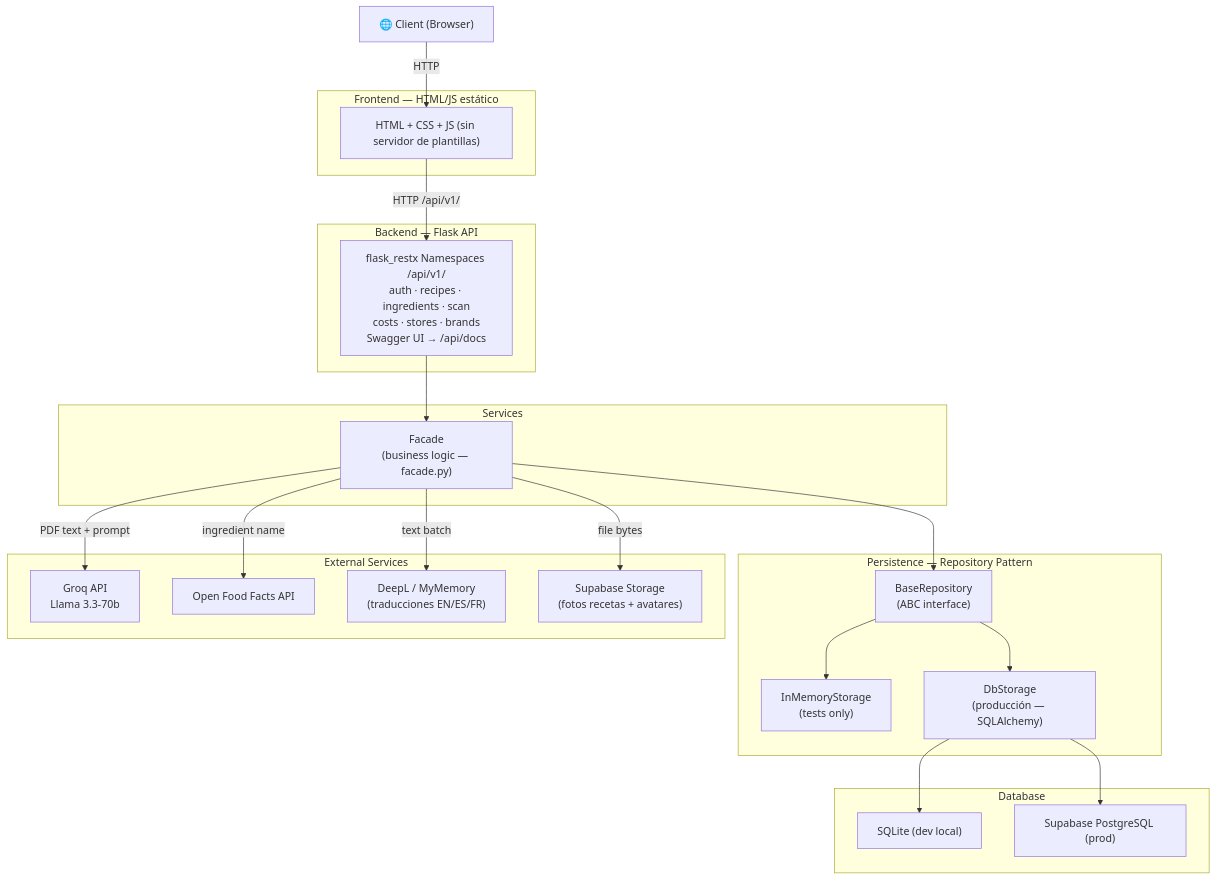
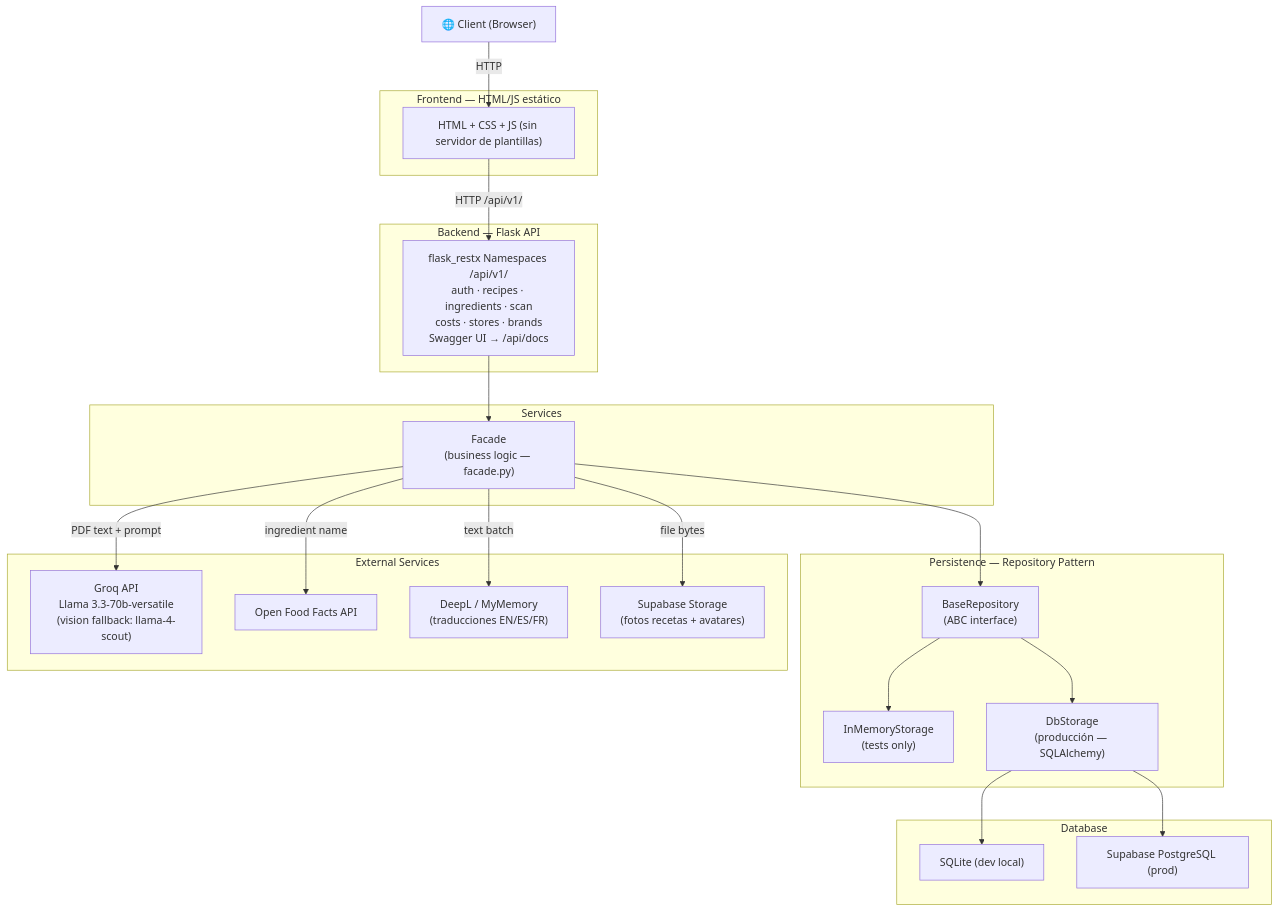
The first of 5 diagrams in Docs/STAGE3.md (juliangf94/recipe-scanner), drawn with Mermaid before and after one commit. The commit also changed other lines of this file and 11 other files, not shown here.

````diff
--- a/Docs/STAGE3.md
+++ b/Docs/STAGE3.md
@@ -118,47 +118,47 @@
 ```mermaid
 flowchart TD
     Browser["🌐 Client (Browser)"]
 
     subgraph Frontend["Frontend — HTML/JS estático"]
         FE["HTML + CSS + JS (sin servidor de plantillas)"]
     end
 
     subgraph Backend["Backend — Flask API"]
         API["flask_restx Namespaces /api/v1/\nauth · recipes · ingredients · scan\ncosts · stores · brands\nSwagger UI → /api/docs"]
     end
 
     subgraph Services["Services"]
         Facade["Facade\n(business logic — facade.py)"]
     end
 
     subgraph Persistence["Persistence — Repository Pattern"]
         Repo["BaseRepository\n(ABC interface)"]
         Mem["InMemoryStorage\n(tests only)"]
         DB["DbStorage\n(producción — SQLAlchemy)"]
     end
 
     subgraph External["External Services"]
-        Groq["Groq API\nLlama 3.3-70b"]
+        Groq["Groq API\nLlama 3.3-70b-versatile\n(vision fallback: llama-4-scout)"]
         OFF["Open Food Facts API"]
         DeepL["DeepL / MyMemory\n(traducciones EN/ES/FR)"]
         Storage["Supabase Storage\n(fotos recetas + avatares)"]
     end
 
     subgraph Database["Database"]
         SQLite["SQLite (dev local)"]
         PG["Supabase PostgreSQL (prod)"]
     end
 
     Browser -->|HTTP| FE
     FE -->|HTTP /api/v1/| API
     API --> Facade
     Facade --> Repo
     Facade -->|PDF text + prompt| Groq
     Facade -->|ingredient name| OFF
     Facade -->|text batch| DeepL
     Facade -->|file bytes| Storage
     Repo --> Mem
     Repo --> DB
     DB --> SQLite
     DB --> PG
 ```
````
